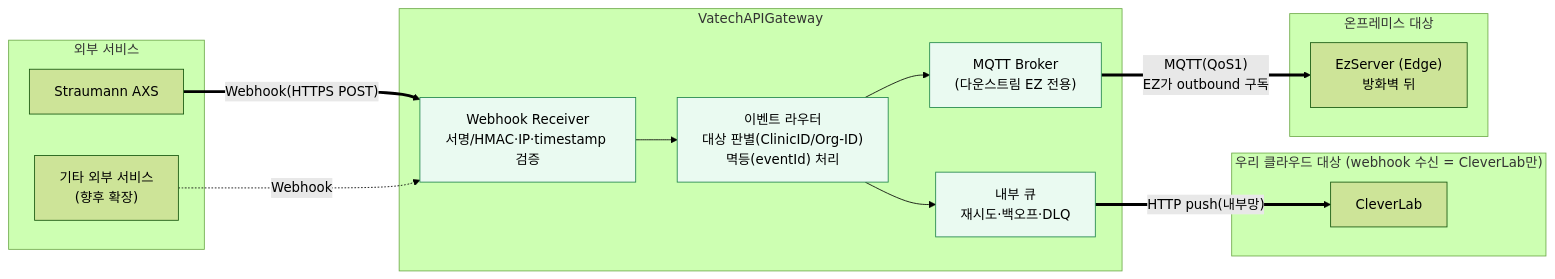
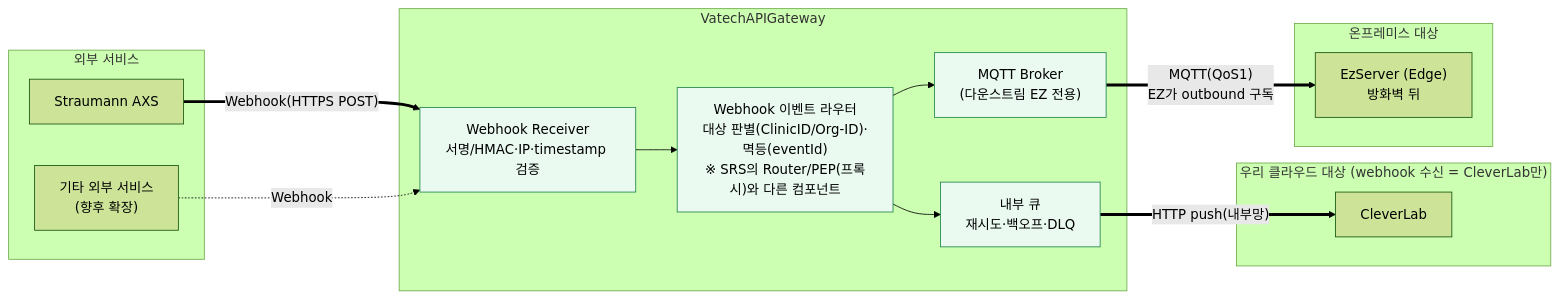
Before and after one commit to gracegyu/scp-architecture: the seventh of 13 diagrams in docs/VT_API_Gateway/08.VT_API_Gateway/VT API Gateway — PRD (v2)/VT API Gateway — 개발 Roadmap 결정.md, drawn with Mermaid (forest theme). The commit also changed 2 other files, not shown here.

Commit message:
문서 업데이트: VT API Gateway의 SRS 문서에서 Webhook 이벤트 라우터의 역할을 명확히 하고, CleverLab과 AXS 간의 관계를 보강하여 시스템 설계의 일관성을 강화하였습니다. 또한, settings.local.json 파일에 Bash 명령어를 추가하여 권한 설정을 정의하였습니다.

````diff
--- a/docs/VT_API_Gateway/08.VT_API_Gateway/VT API Gateway — PRD (v2)/VT API Gateway — 개발 Roadmap 결정.md
+++ b/docs/VT_API_Gateway/08.VT_API_Gateway/VT API Gateway — PRD (v2)/VT API Gateway — 개발 Roadmap 결정.md
@@ -302,34 +302,34 @@
 ```mermaid
 flowchart LR
     subgraph EXT["외부 서비스"]
         AXS["Straumann AXS"]
         ETC["기타 외부 서비스<br/>(향후 확장)"]
     end
 
     subgraph GWLAYER["VatechAPIGateway"]
         WH["Webhook Receiver<br/>서명/HMAC·IP·timestamp 검증"]
-        ROUTER["이벤트 라우터<br/>대상 판별(ClinicID/Org-ID)<br/>멱등(eventId) 처리"]
+        ROUTER["Webhook 이벤트 라우터<br/>대상 판별(ClinicID/Org-ID)·멱등(eventId)<br/>※ SRS의 Router/PEP(프록시)와 다른 컴포넌트"]
         Q["내부 큐<br/>재시도·백오프·DLQ"]
         BROKER["MQTT Broker<br/>(다운스트림 EZ 전용)"]
         WH --> ROUTER
         ROUTER --> Q
         ROUTER --> BROKER
     end
 
     subgraph CLOUDT["우리 클라우드 대상 (webhook 수신 = CleverLab만)"]
         CLAB["CleverLab"]
     end
     %% CleverSpace는 webhook 수신 대상 아님(B 프록시 백엔드) — 2026-06 결정, SRS §2.3.6
 
     subgraph EDGET["온프레미스 대상"]
         EZ["EzServer (Edge)<br/>방화벽 뒤"]
     end
 
     AXS ==>|"Webhook(HTTPS POST)"| WH
     ETC -.->|"Webhook"| WH
     Q ==>|"HTTP push(내부망)"| CLAB
     BROKER ==>|"MQTT(QoS1)<br/>EZ가 outbound 구독"| EZ
 
     classDef new fill:#eafaf1,stroke:#1e8449,color:#000;
     class WH,ROUTER,Q,BROKER new;
 ```
````
